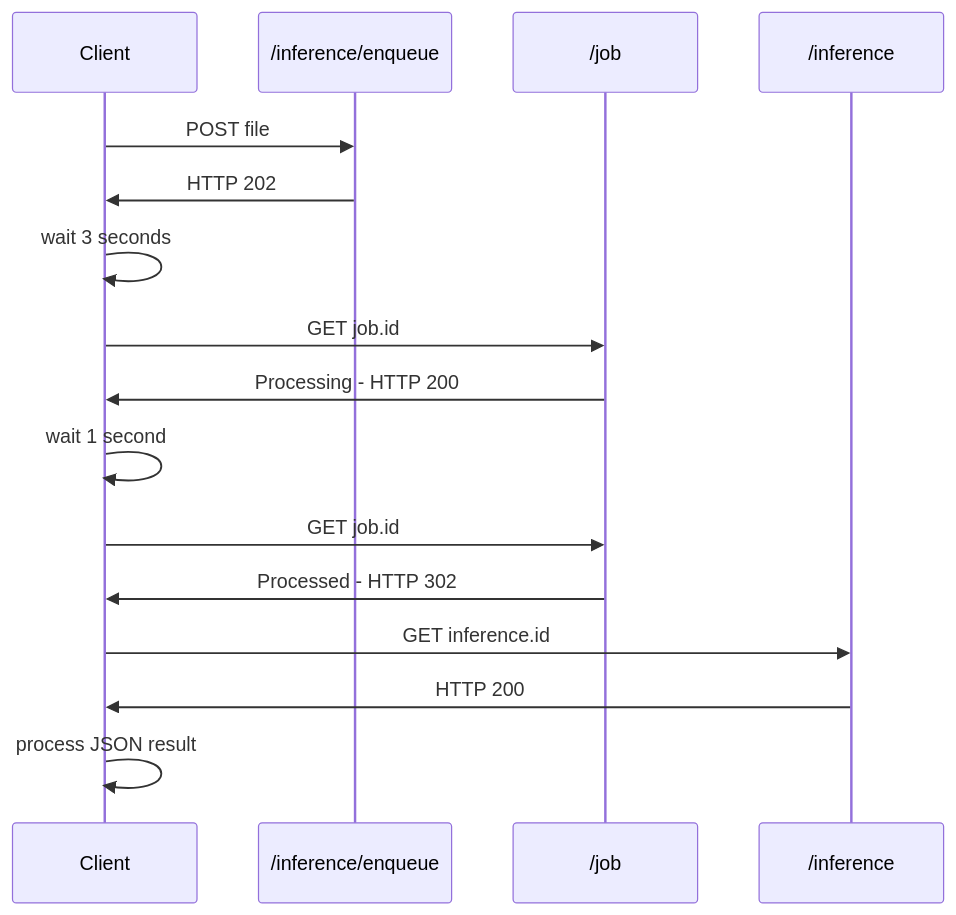
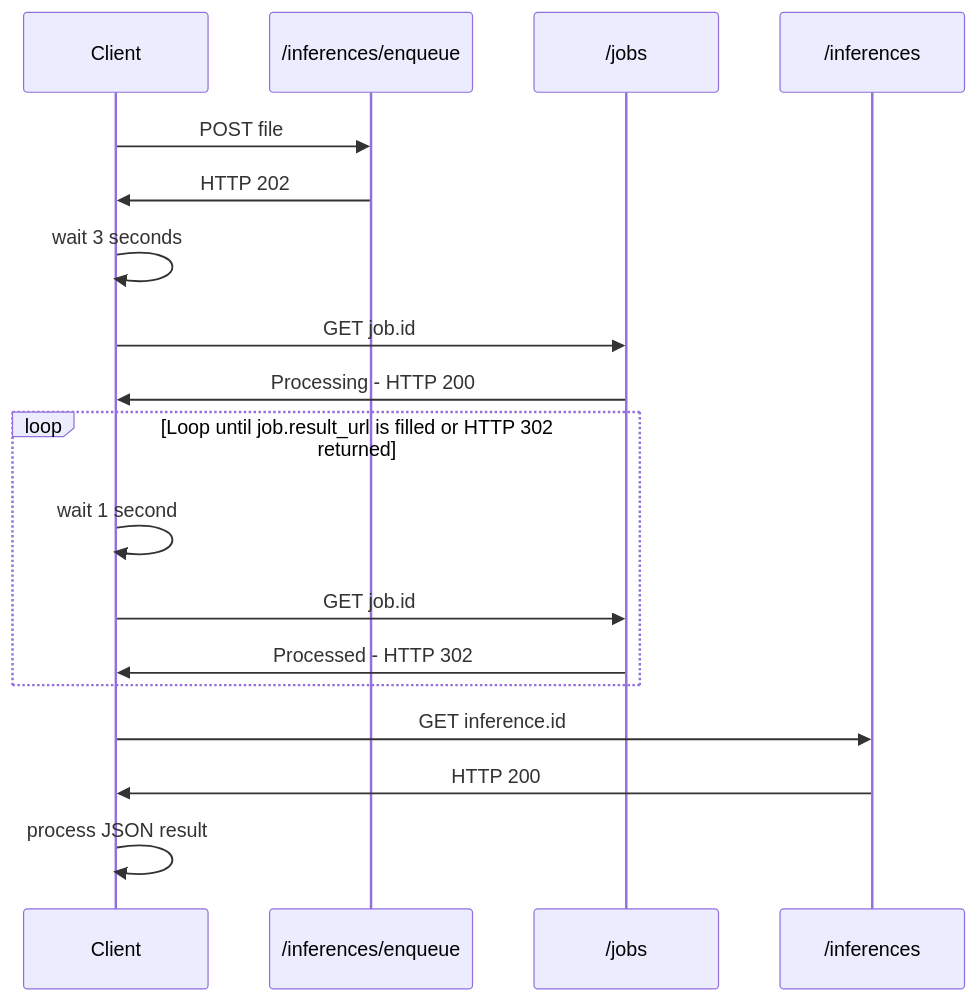
Before and after one commit to mindee/platform-docs: the first of 2 diagrams in integrations/api-overview.md, drawn with Mermaid. The commit also changed 5 other files, not shown here.

````diff
--- a/integrations/api-overview.md
+++ b/integrations/api-overview.md
@@ -113,18 +113,20 @@
 ```mermaid
 sequenceDiagram
     participant client as Client
-    participant enqueue as /inference/enqueue
-    participant job as /job
-    participant inference as /inference
+    participant enqueue as /inferences/enqueue
+    participant job as /jobs
+    participant inference as /inferences
     client->>enqueue: POST file
     enqueue->>client: HTTP 202
     client->>client: wait 3 seconds
     client->>job: GET job.id
     job->>client: Processing - HTTP 200
-    client->>client: wait 1 second
-    client->>job: GET job.id
-    job->>client: Processed - HTTP 302
+    loop Loop until job.result_url is filled or HTTP 302 returned
+      client->>client: wait 1 second
+      client->>job: GET job.id
+      job->>client: Processed - HTTP 302
+    end
     client->>inference: GET inference.id
     inference->>client: HTTP 200
     client->>client: process JSON result
 ```
````
